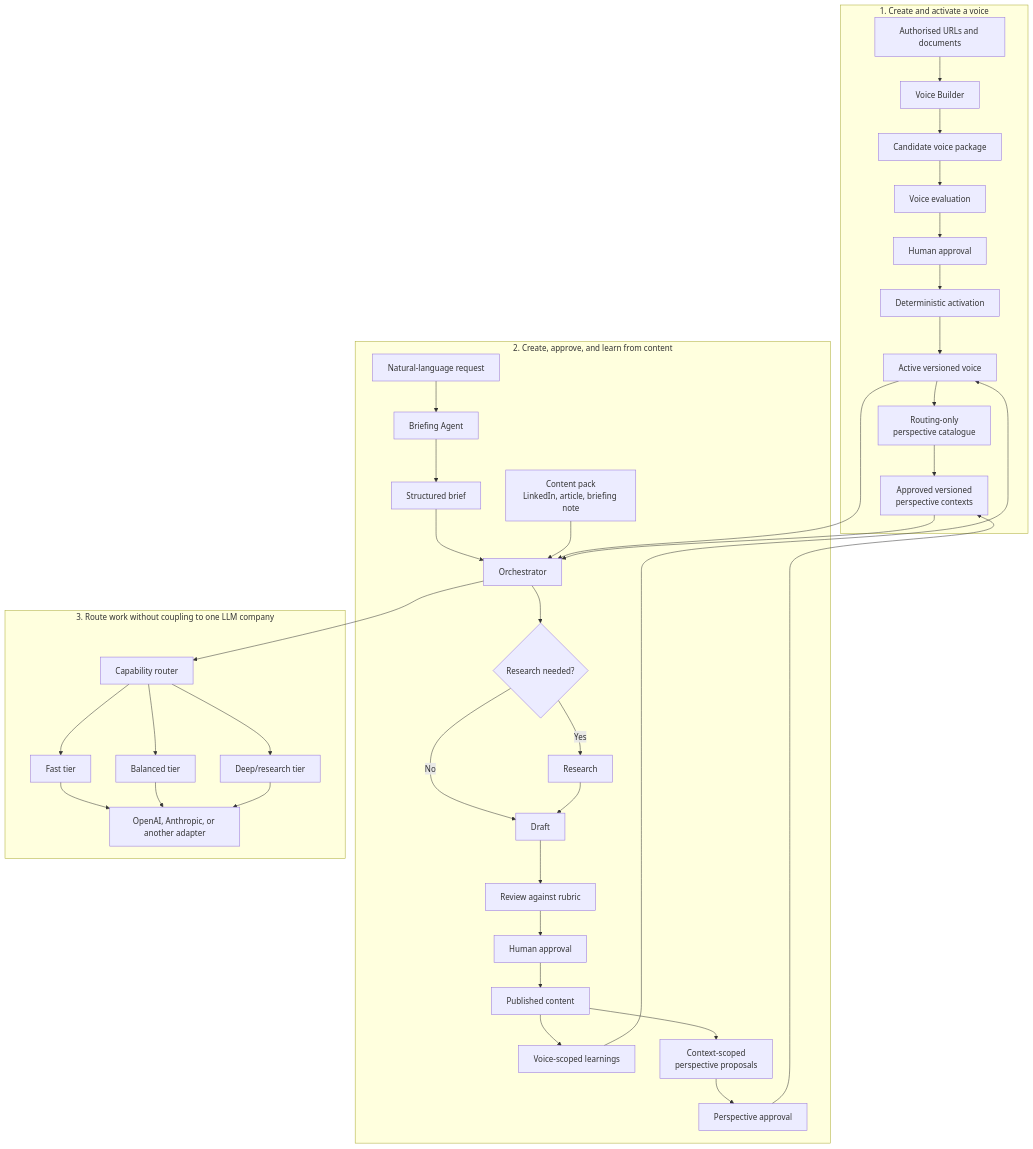
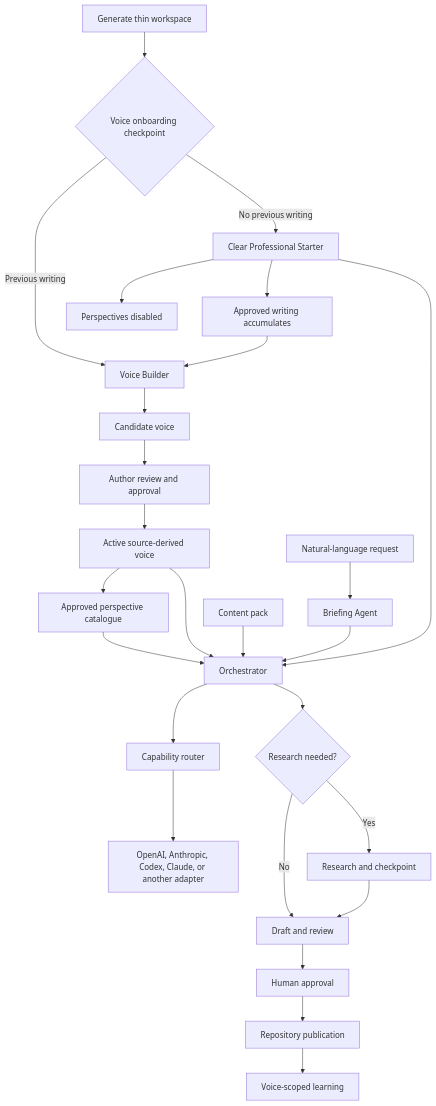
Before and after one commit to vadhoob90/Content_Creator_Core: the diagram in README.md, drawn with Mermaid. The commit also changed other lines of this file and 19 other files, not shown here.

Commit message:
Add starter voice onboarding

````diff
--- a/README.md
+++ b/README.md
@@ -48,44 +138,29 @@
 ```mermaid
 flowchart TD
-    subgraph Voice["1. Create and activate a voice"]
-        S["Authorised URLs and documents"] --> VB["Voice Builder"]
-        VB --> VP["Candidate voice package"]
-        VP --> VE["Voice evaluation"]
-        VE --> VA["Human approval"]
-        VA --> AC["Deterministic activation"]
-        AC --> AV["Active versioned voice"]
-        AV --> CAT["Routing-only<br/>perspective catalogue"]
-        CAT --> PC["Approved versioned<br/>perspective contexts"]
-    end
+    W["Generate thin workspace"] --> D{"Voice onboarding checkpoint"}
+    D -->|"Previous writing"| VB["Voice Builder"]
+    VB --> VC["Candidate voice"]
+    VC --> VA["Author review and approval"]
+    VA --> AV["Active source-derived voice"]
+    D -->|"No previous writing"| SV["Clear Professional Starter"]
+    SV --> PD["Perspectives disabled"]
+    SV --> EW["Approved writing accumulates"]
+    EW --> VB
+    AV --> PE["Approved perspective catalogue"]
 
-    subgraph Content["2. Create, approve, and learn from content"]
-        R["Natural-language request"] --> BA["Briefing Agent"]
-        BA --> BR["Structured brief"]
-        BR --> OR["Orchestrator"]
-        PK["Content pack<br/>LinkedIn, article, briefing note"] --> OR
-        AV --> OR
-        PC --> OR
-        OR --> RD{"Research needed?"}
-        RD -- "No" --> DR["Draft"]
-        RD -- "Yes" --> RS["Research"]
-        RS --> DR
-        DR --> RV["Review against rubric"]
-        RV --> HA["Human approval"]
-        HA --> PB["Published content"]
-        PB --> VL["Voice-scoped learnings"]
-        VL --> AV
-        PB --> PP["Context-scoped<br/>perspective proposals"]
-        PP --> PPA["Perspective approval"]
-        PPA --> PC
-    end
-
-    subgraph Models["3. Route work without coupling to one LLM company"]
-        OR --> RT["Capability router"]
-        RT --> FT["Fast tier"]
-        RT --> BT["Balanced tier"]
-        RT --> DT["Deep/research tier"]
-        FT --> PA["OpenAI, Anthropic, or another adapter"]
-        BT --> PA
-        DT --> PA
-    end
+    R["Natural-language request"] --> BA["Briefing Agent"]
+    BA --> OR["Orchestrator"]
+    PK["Content pack"] --> OR
+    AV --> OR
+    SV --> OR
+    PE --> OR
+    OR --> CR["Capability router"]
+    CR --> PR["OpenAI, Anthropic, Codex, Claude, or another adapter"]
+    OR --> Q{"Research needed?"}
+    Q -->|"No"| DR["Draft and review"]
+    Q -->|"Yes"| RS["Research and checkpoint"]
+    RS --> DR
+    DR --> HA["Human approval"]
+    HA --> PB["Repository publication"]
+    PB --> LM["Voice-scoped learning"]
 ```
````
